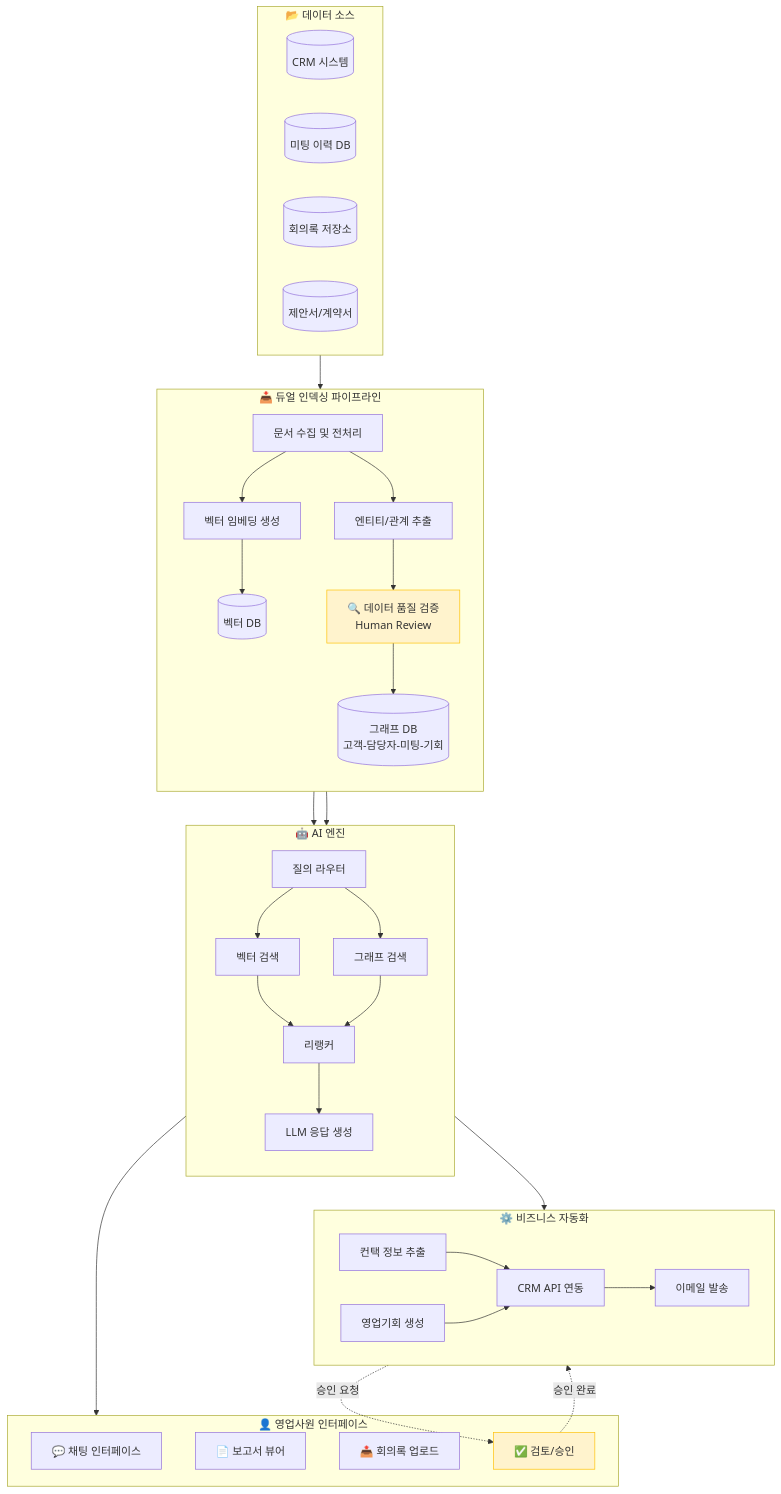
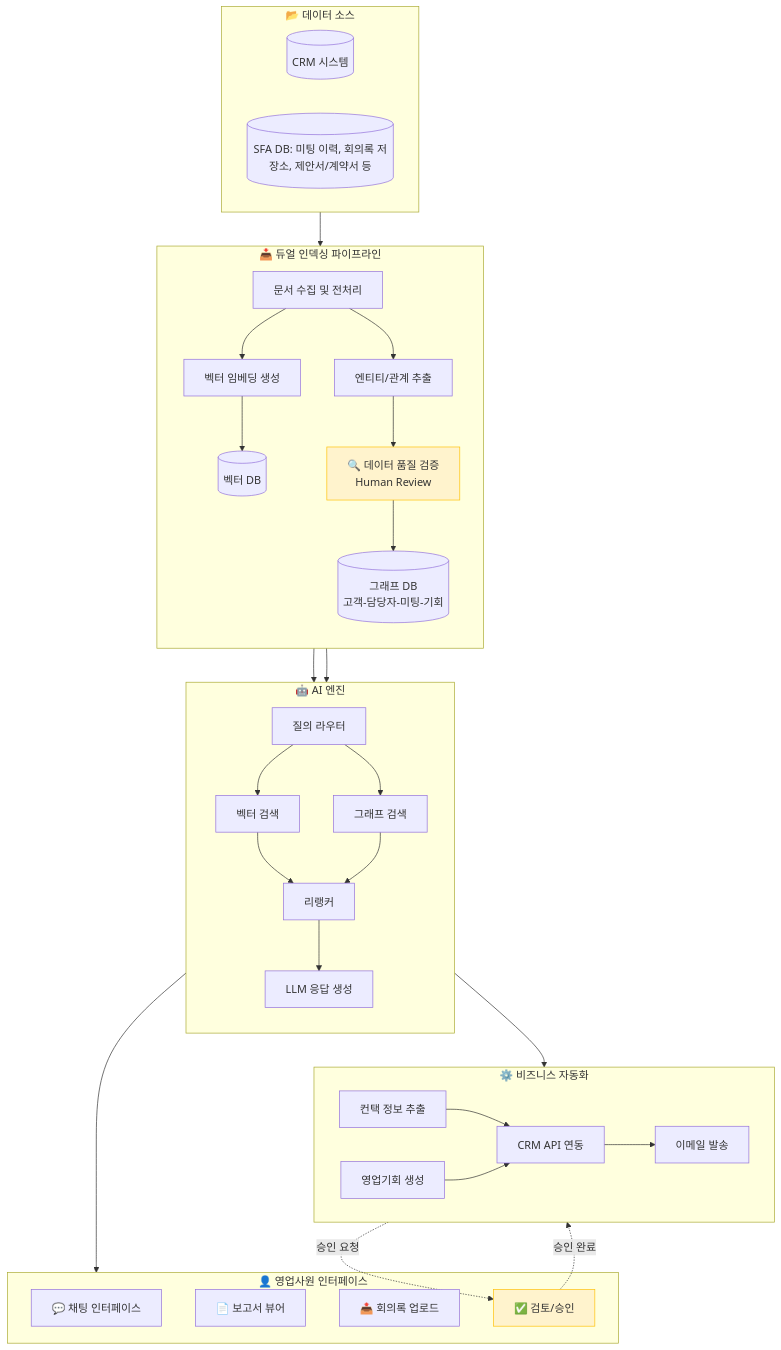
Diagram 23 of 30 in docs/research/rag_pipeline_research.md (NtoZero/docst-mng), drawn with Mermaid before and after one commit. The commit also changed other lines of this file, not shown here.

````diff
--- a/docs/research/rag_pipeline_research.md
+++ b/docs/research/rag_pipeline_research.md
@@ -672,64 +1747,63 @@
 ```mermaid
 flowchart TB
     subgraph 데이터소스["📂 데이터 소스"]
         DS1[(CRM 시스템)]
-        DS2[(미팅 이력 DB)]
-        DS3[(회의록 저장소)]
-        DS4[(제안서/계약서)]
+        DS2[(SFA DB: 미팅 이력, 회의록 저장소, 제안서/계약서 등)]
     end
-    
+
     subgraph 인덱싱["📥 듀얼 인덱싱 파이프라인"]
         direction TB
         IDX1[문서 수집 및 전처리]
         IDX2[벡터 임베딩 생성]
         IDX3[엔티티/관계 추출]
         IDX4[🔍 데이터 품질 검증<br/>Human Review]
-        
+
         IDX1 --> IDX2 --> VDB[(벡터 DB)]
         IDX1 --> IDX3 --> IDX4 --> GDB[(그래프 DB<br/>고객-담당자-미팅-기회)]
     end
-    
+
     subgraph AI엔진["🤖 AI 엔진"]
         direction TB
         QR[질의 라우터]
         VS[벡터 검색]
         GS[그래프 검색]
         RR[리랭커]
         LLM[LLM 응답 생성]
-        
+
         QR --> VS
         QR --> GS
         VS --> RR
         GS --> RR
         RR --> LLM
     end
-    
+
     subgraph 자동화["⚙️ 비즈니스 자동화"]
         AUTO1[컨택 정보 추출]
         AUTO2[영업기회 생성]
         AUTO3[CRM API 연동]
         AUTO4[이메일 발송]
-        
+
         AUTO1 --> AUTO3
         AUTO2 --> AUTO3
         AUTO3 --> AUTO4
     end
-    
+
     subgraph 사용자["👤 영업사원 인터페이스"]
         UI1[💬 채팅 인터페이스]
         UI2[📄 보고서 뷰어]
         UI3[📤 회의록 업로드]
         UI4[✅ 검토/승인]
     end
-    
+
     데이터소스 --> 인덱싱
     VDB --> AI엔진
     GDB --> AI엔진
     AI엔진 --> 사용자
     AI엔진 --> 자동화
     자동화 -.->|승인 요청| UI4
     UI4 -.->|승인 완료| 자동화
-    
+
     style IDX4 fill:#fff3cd,stroke:#ffc107
     style UI4 fill:#fff3cd,stroke:#ffc107
+
 ```
````
